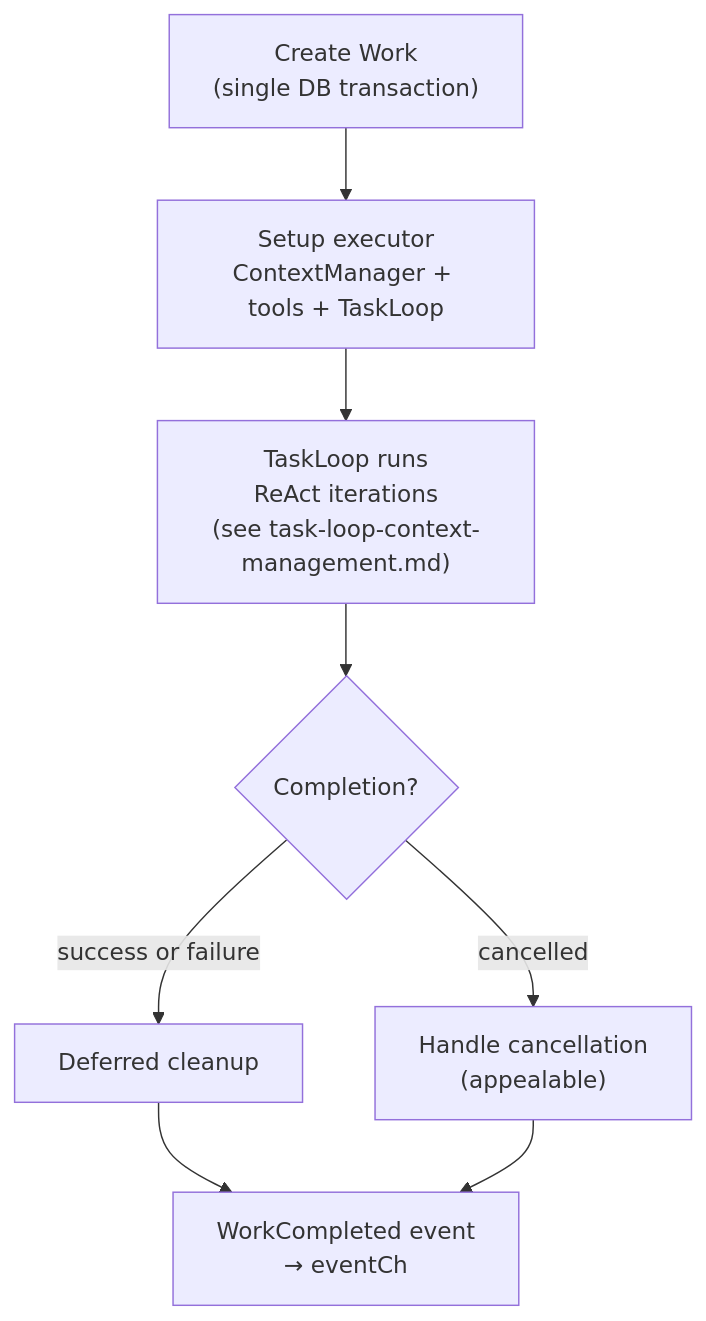
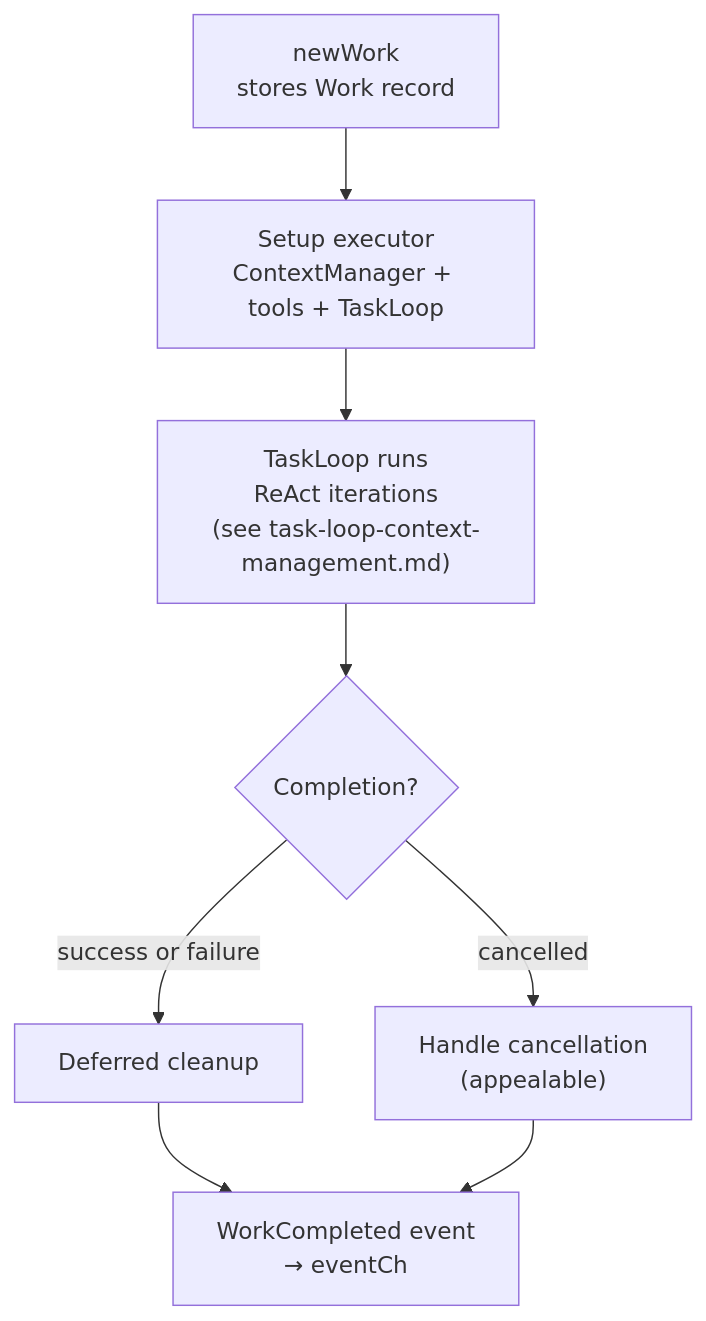
One commit to KoanJan/qingqiu-world changed the sixth of 10 diagrams in doc/engineering_implements/agent-runtime-event-loop.md. Above: the diagram before and after it, drawn with Mermaid. The commit also changed other lines of this file and 32 other files, not shown here.

````diff
--- a/doc/engineering_implements/agent-runtime-event-loop.md
+++ b/doc/engineering_implements/agent-runtime-event-loop.md
@@ -419,10 +368,10 @@
 ```mermaid
 flowchart TD
-    Create["Create Work<br/>(single DB transaction)"] --> Setup["Setup executor<br/>ContextManager + tools + TaskLoop"]
+    Create["newWork<br/>stores Work record"] --> Setup["Setup executor<br/>ContextManager + tools + TaskLoop"]
     Setup --> Loop["TaskLoop runs<br/>ReAct iterations<br/>(see task-loop-context-management.md)"]
     Loop --> Complete{"Completion?"}
     Complete -->|success or failure| Deferred["Deferred cleanup"]
     Complete -->|cancelled| HandleCancel["Handle cancellation<br/>(appealable)"]
     Deferred --> Done["WorkCompleted event<br/>→ eventCh"]
     HandleCancel --> Done
 ```
````
